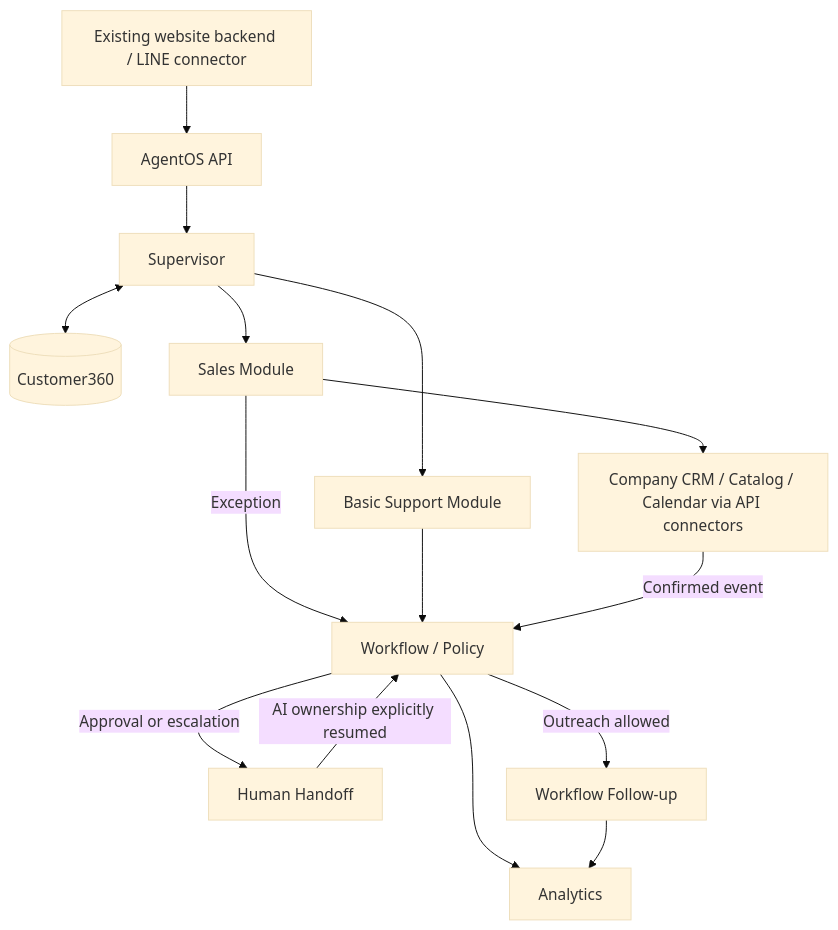
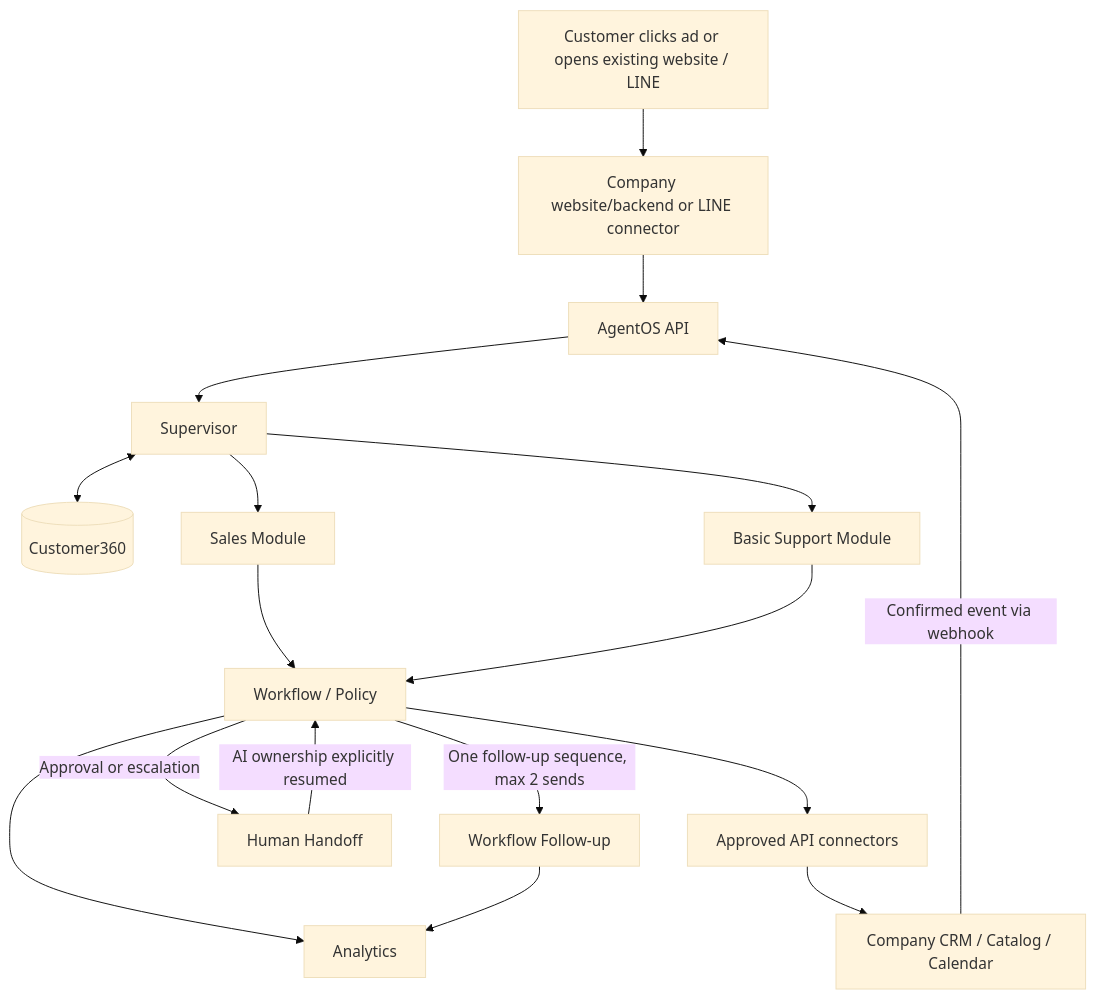
Before and after one commit to phongka79d/agent_solution: the first of 2 diagrams in plans/delivery/mvp-and-roadmap.md, drawn with Mermaid (base theme). The commit also changed other lines of this file and 15 other files, not shown here.

First line of the commit message:
Enhance documentation across multiple modules with detailed sales flow, glossary, and API integration updates

````diff
--- a/plans/delivery/mvp-and-roadmap.md
+++ b/plans/delivery/mvp-and-roadmap.md
@@ -13,17 +13,19 @@
 ```mermaid
 flowchart TD
-    Channels["Existing website backend / LINE connector"] --> API["AgentOS API"]
+    Channels["Customer clicks ad or opens existing website / LINE"] --> Existing["Company website/backend or LINE connector"]
+    Existing --> API["AgentOS API"]
     API --> Supervisor["Supervisor"]
     Supervisor <--> C360[("Customer360")]
     Supervisor --> Sales["Sales Module"]
     Supervisor --> Support["Basic Support Module"]
-    Sales --> CRM["Company CRM / Catalog / Calendar via API connectors"]
-    Sales -->|Exception| Workflow["Workflow / Policy"]
+    Sales --> Workflow["Workflow / Policy"]
     Support --> Workflow
-    CRM -->|Confirmed event| Workflow
+    Workflow --> Connectors["Approved API connectors"]
+    Connectors --> CRM["Company CRM / Catalog / Calendar"]
+    CRM -->|Confirmed event via webhook| API
     Workflow -->|Approval or escalation| Human["Human Handoff"]
     Human -->|AI ownership explicitly resumed| Workflow
-    Workflow -->|Outreach allowed| Followup["Workflow Follow-up"]
+    Workflow -->|One follow-up sequence, max 2 sends| Followup["Workflow Follow-up"]
     Workflow --> Analytics["Analytics"]
     Followup --> Analytics
 ```
````
